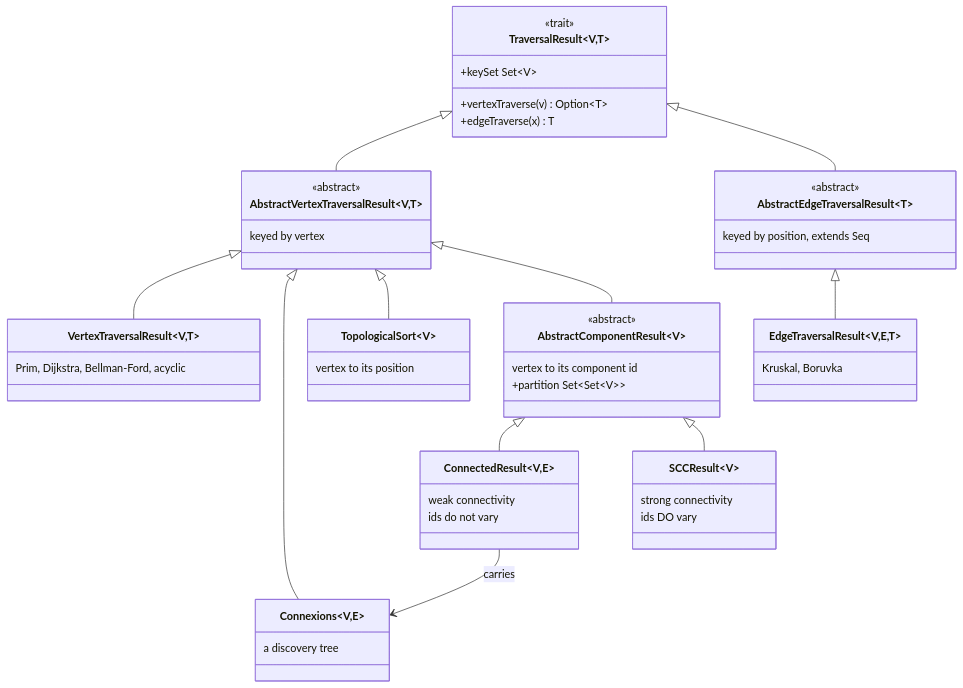
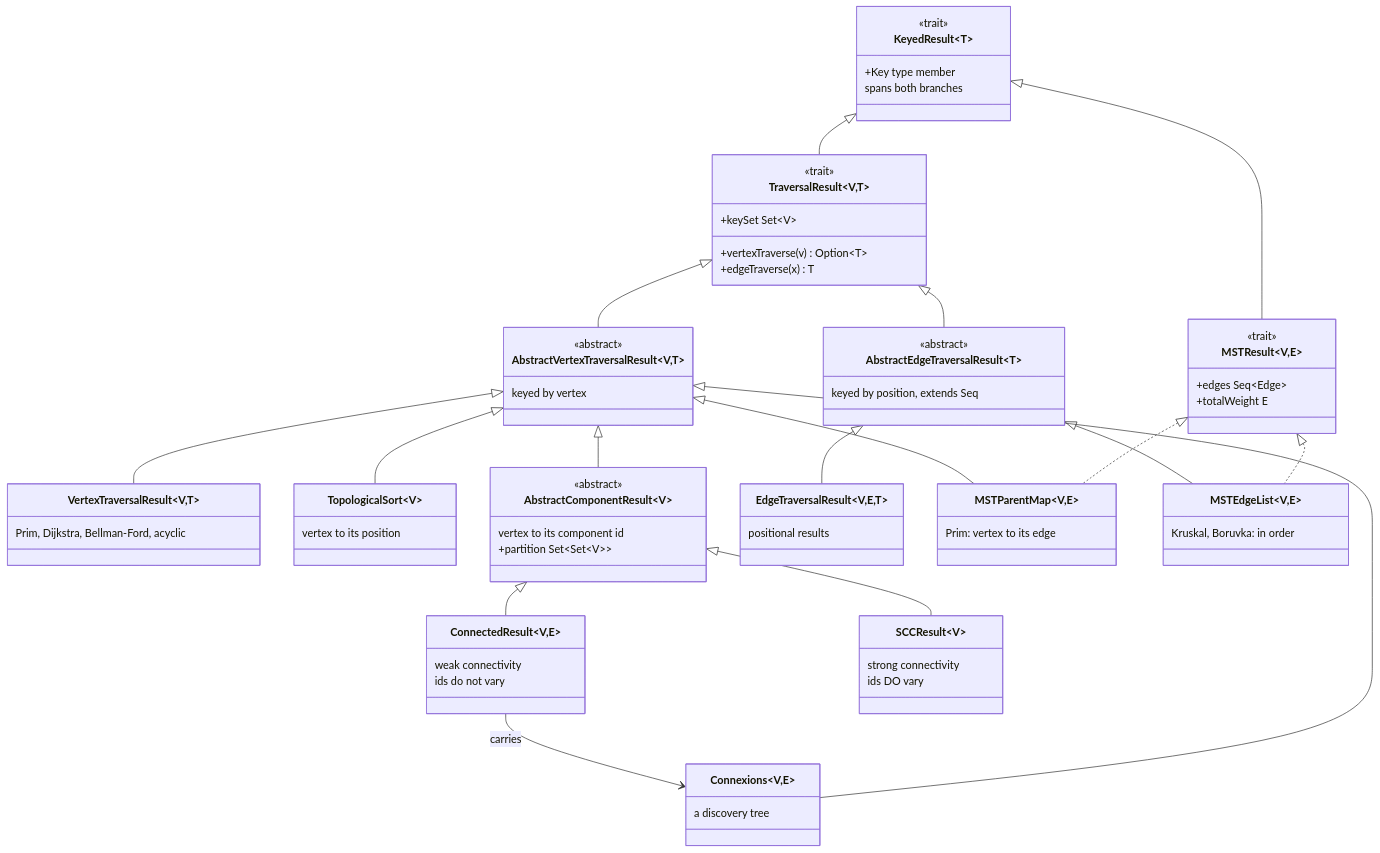
The third of 3 diagrams in README.md (rchillyard/Gryphon), drawn with Mermaid before and after one commit. The commit also changed other lines of this file and 6 other files, not shown here.

````diff
--- a/README.md
+++ b/README.md
@@ -923,52 +923,74 @@
 ```mermaid
 classDiagram
     class TraversalResult~V,T~ {
         <<trait>>
         +keySet Set~V~
         +vertexTraverse(v) Option~T~
         +edgeTraverse(x) T
     }
     class AbstractVertexTraversalResult~V,T~ {
         <<abstract>>
         keyed by vertex
     }
     class AbstractEdgeTraversalResult~T~ {
         <<abstract>>
         keyed by position, extends Seq
     }
     class VertexTraversalResult~V,T~ {
         Prim, Dijkstra, Bellman-Ford, acyclic
     }
     class Connexions~V,E~ {
         a discovery tree
     }
     class TopologicalSort~V~ {
         vertex to its position
     }
     class AbstractComponentResult~V~ {
         <<abstract>>
         vertex to its component id
         +partition Set~Set~V~~
     }
     class ConnectedResult~V,E~ {
         weak connectivity
         ids do not vary
     }
     class SCCResult~V~ {
         strong connectivity
         ids DO vary
     }
     class EdgeTraversalResult~V,E,T~ {
-        Kruskal, Boruvka
+        positional results
     }
+    class KeyedResult~T~ {
+        <<trait>>
+        +Key type member
+        spans both branches
+    }
+    class MSTResult~V,E~ {
+        <<trait>>
+        +edges Seq~Edge~
+        +totalWeight E
+    }
+    class MSTParentMap~V,E~ {
+        Prim: vertex to its edge
+    }
+    class MSTEdgeList~V,E~ {
+        Kruskal, Boruvka: in order
+    }
+    KeyedResult <|-- TraversalResult
+    KeyedResult <|-- MSTResult
+    MSTResult <|.. MSTParentMap
+    MSTResult <|.. MSTEdgeList
+    AbstractVertexTraversalResult <|-- MSTParentMap
+    AbstractEdgeTraversalResult <|-- MSTEdgeList
     TraversalResult <|-- AbstractVertexTraversalResult
     TraversalResult <|-- AbstractEdgeTraversalResult
     AbstractVertexTraversalResult <|-- VertexTraversalResult
     AbstractVertexTraversalResult <|-- Connexions
     AbstractVertexTraversalResult <|-- TopologicalSort
     AbstractVertexTraversalResult <|-- AbstractComponentResult
     AbstractComponentResult <|-- ConnectedResult
     AbstractComponentResult <|-- SCCResult
     AbstractEdgeTraversalResult <|-- EdgeTraversalResult
     ConnectedResult --> Connexions : carries
 ```
````
